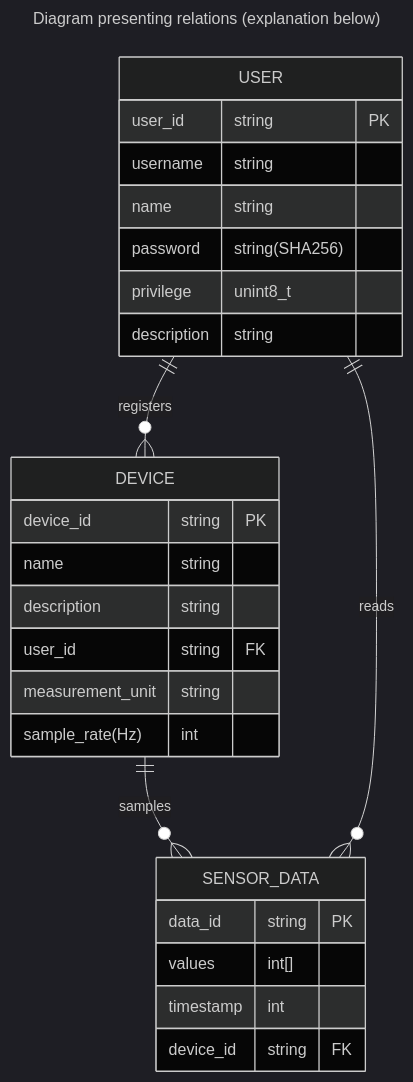
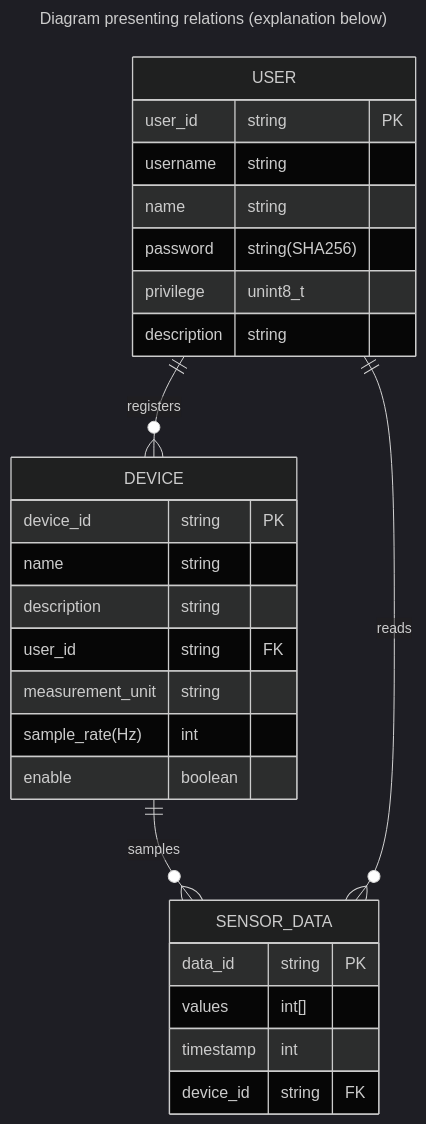
Before and after one commit to sonnt0201/docs: the first of 2 diagrams in iot-platform/database-schema.md, drawn with Mermaid (dark theme). The commit also changed other lines of this file and 1 other file, not shown here.

````diff
--- a/iot-platform/database-schema.md
+++ b/iot-platform/database-schema.md
@@ -12,37 +12,38 @@
 ```mermaid
 ---
 title: Diagram presenting relations (explanation below)
 ---
 erDiagram
    %% define entities
    USER {
         user_id string PK
         username string 
         name string
         password string(SHA256)
         privilege unint8_t
         description string
    }
 
    DEVICE {
         device_id string PK
         name string
         description string
         user_id string FK
         measurement_unit string
         sample_rate(Hz) int  
+        enable boolean
    }
 
    SENSOR_DATA {
         data_id string PK
         values int[]
         timestamp int
         device_id string FK
    }
 
    %% relations
    USER ||--o{ DEVICE : registers
    DEVICE ||--o{ SENSOR_DATA : samples
    USER ||--o{ SENSOR_DATA : reads
 
 ```
````
